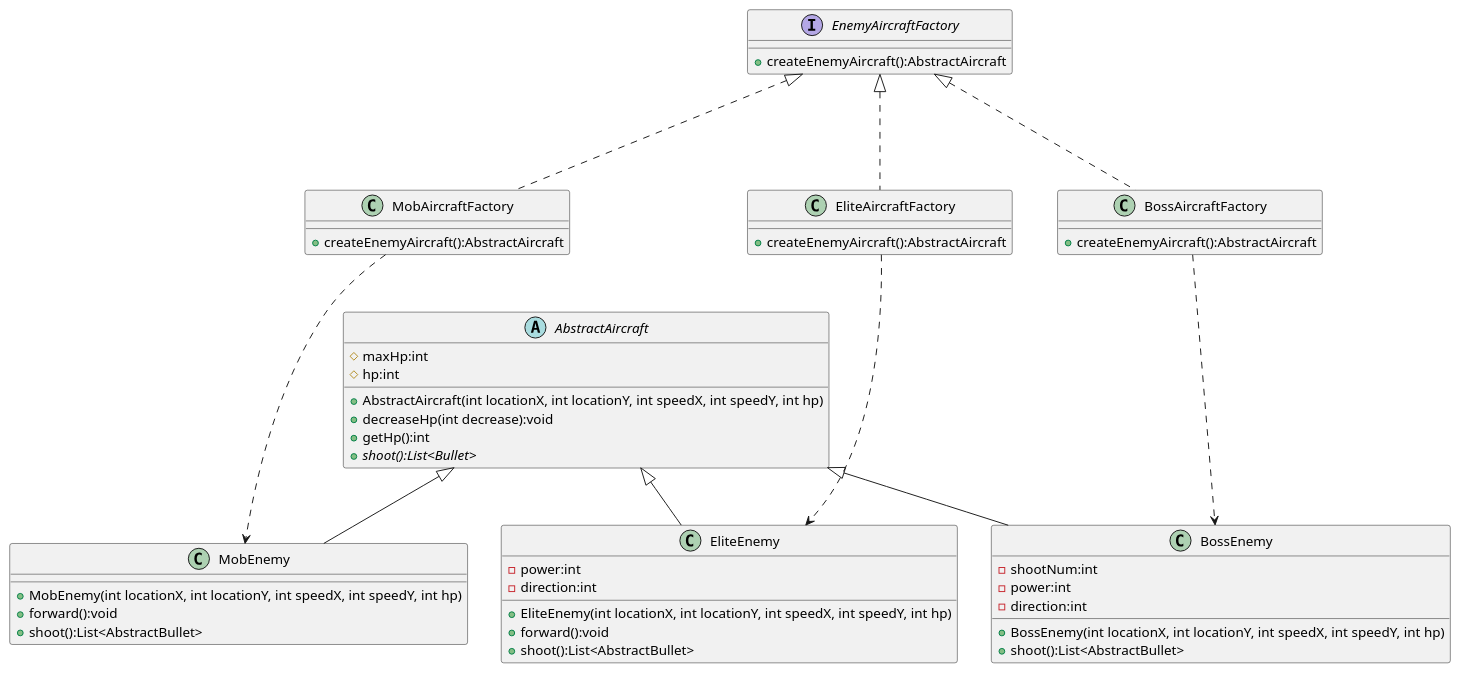
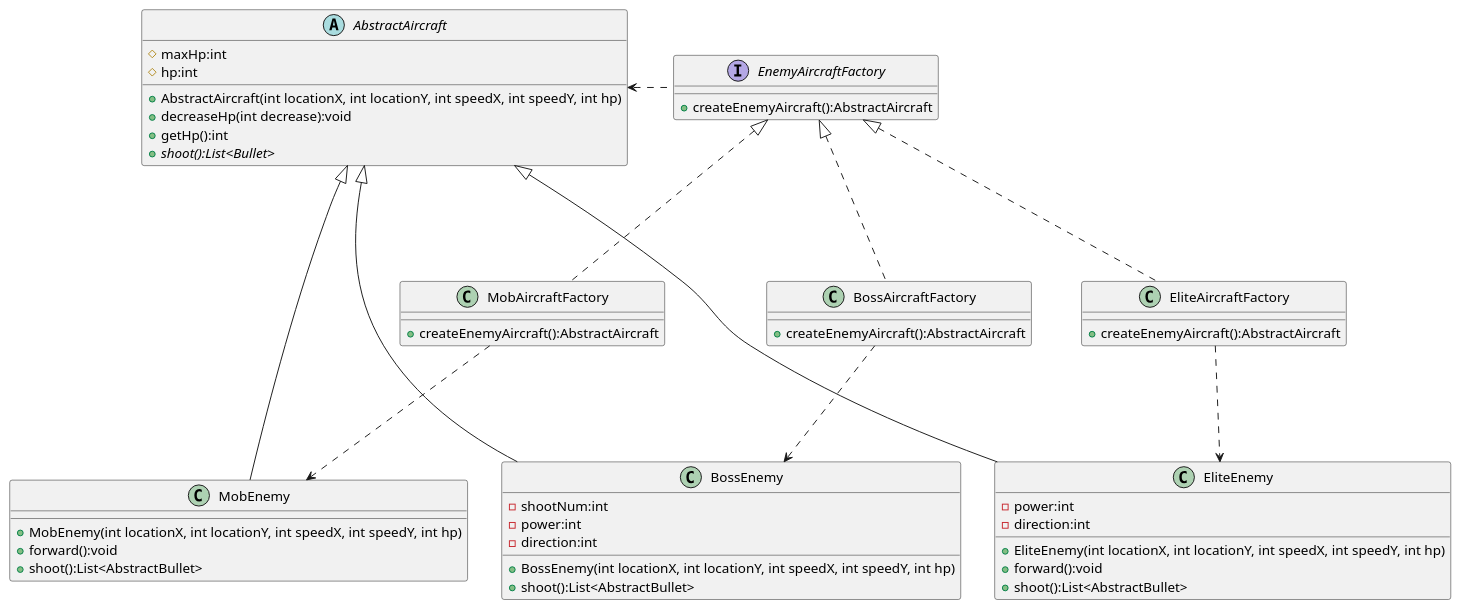
Before and after one commit to HITlgw/AircraftWar-base: the diagram in uml/Factory_EnemyAircraft.puml, drawn with PlantUML. The commit also changed 3 other files, not shown here.

```diff
--- a/uml/Factory_EnemyAircraft.puml
+++ b/uml/Factory_EnemyAircraft.puml
@@ -1,67 +1,67 @@
 @startuml
 'https://plantuml.com/class-diagram
 
 
 Interface EnemyAircraftFactory{
     + createEnemyAircraft():AbstractAircraft
 }
-
+EnemyAircraftFactory..left.>AbstractAircraft
 abstract class AbstractAircraft
 {
 	# maxHp:int
     # hp:int
     + AbstractAircraft(int locationX, int locationY, int speedX, int speedY, int hp)
     + decreaseHp(int decrease):void
     + getHp():int
     + {abstract} shoot():List<Bullet>
  }
 
 
 
 
 class MobAircraftFactory{
     + createEnemyAircraft():AbstractAircraft
 }
 class EliteAircraftFactory{
     + createEnemyAircraft():AbstractAircraft
 }
 
 class BossAircraftFactory{
     + createEnemyAircraft():AbstractAircraft
 }
 EnemyAircraftFactory <|... MobAircraftFactory
 EnemyAircraftFactory <|... EliteAircraftFactory
 EnemyAircraftFactory <|... BossAircraftFactory
 
 MobAircraftFactory ...> MobEnemy
 EliteAircraftFactory ...> EliteEnemy
 BossAircraftFactory ...> BossEnemy
 
 AbstractAircraft <|-- MobEnemy
 AbstractAircraft <|-- EliteEnemy
 AbstractAircraft <|-- BossEnemy
 
 
 class MobEnemy{
     + MobEnemy(int locationX, int locationY, int speedX, int speedY, int hp)
     + forward():void
     + shoot():List<AbstractBullet>
 }
 
 class EliteEnemy {
     - power:int
     - direction:int
     + EliteEnemy(int locationX, int locationY, int speedX, int speedY, int hp)
     + forward():void
     + shoot():List<AbstractBullet>
 }
 
 class BossEnemy {
     - shootNum:int
     - power:int
     - direction:int
     + BossEnemy(int locationX, int locationY, int speedX, int speedY, int hp)
     + shoot():List<AbstractBullet>
 }
 
 @enduml
```
